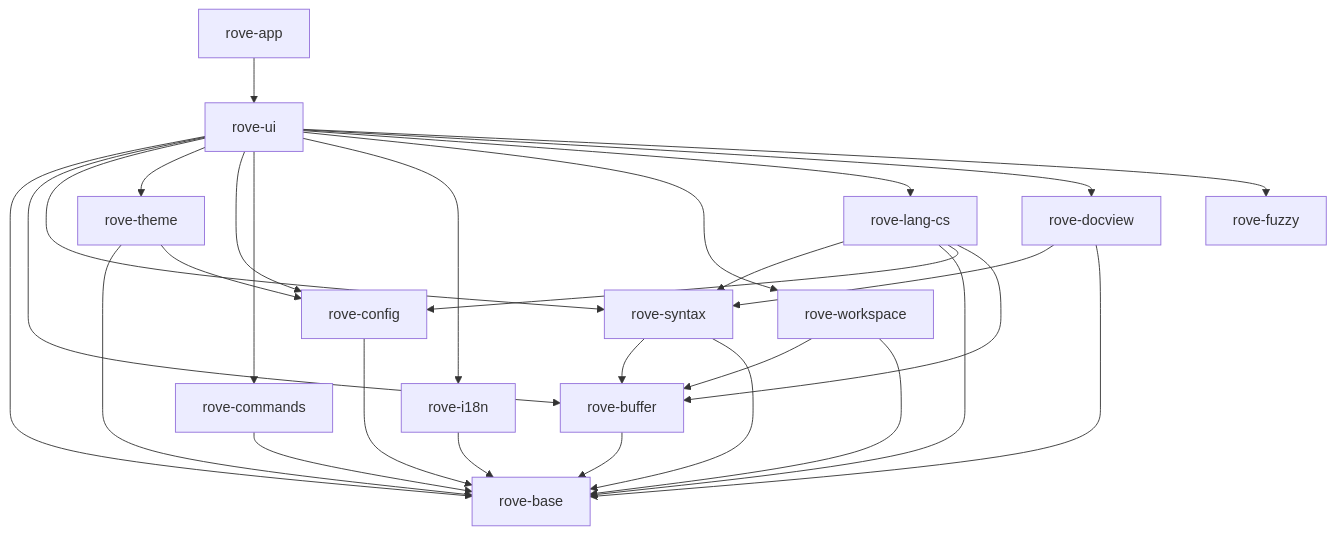
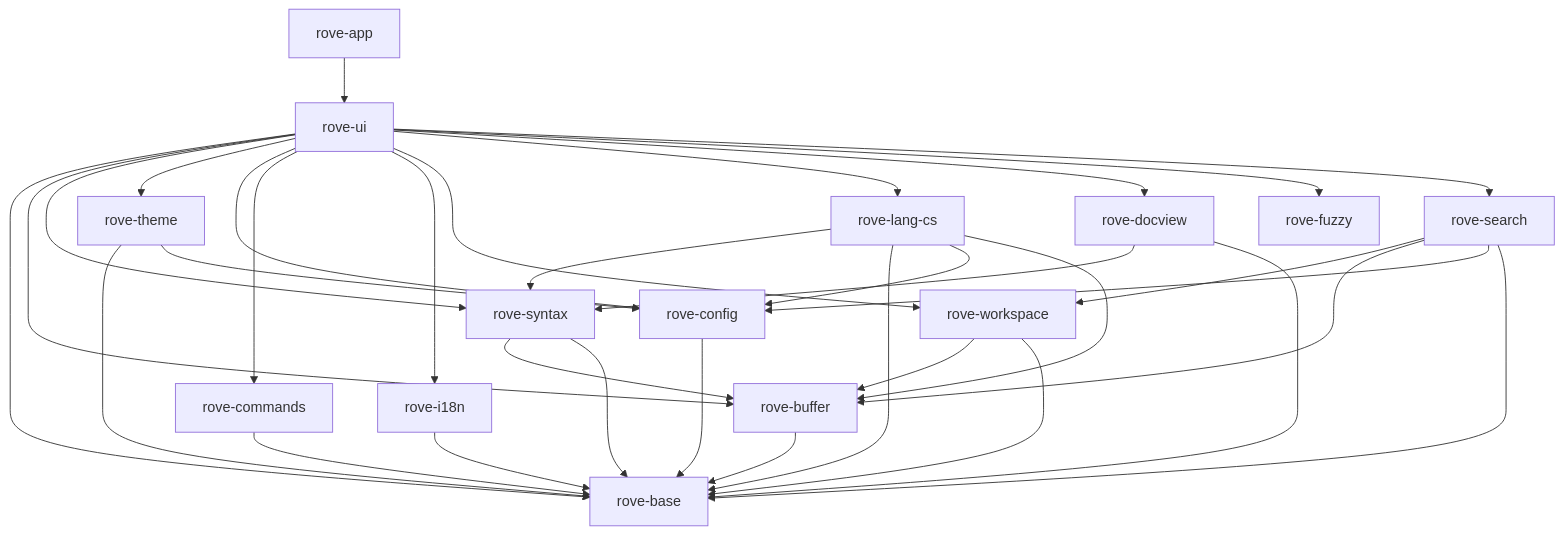
The diagram in docs/ARCHITECTURE.md (Zhao-wl/Rove), drawn with Mermaid before and after one commit. The commit also changed other lines of this file and 28 other files, not shown here.

First line of the commit message:
[#25] 全局搜索：搜索引擎（search.* 语义、流式结果、取消、GBK）与搜索视图 (#130)

````diff
--- a/docs/ARCHITECTURE.md
+++ b/docs/ARCHITECTURE.md
@@ -16,31 +16,36 @@
 ```mermaid
 flowchart TD
  app[rove-app] --> ui[rove-ui]
  ui --> base[rove-base]
  ui --> buffer[rove-buffer]
  ui --> syntax[rove-syntax]
  ui --> theme[rove-theme]
  ui --> config[rove-config]
  ui --> commands[rove-commands]
  ui --> i18n[rove-i18n]
  ui --> workspace[rove-workspace]
  ui --> cs[rove-lang-cs]
  ui --> docview[rove-docview]
  ui --> fuzzy[rove-fuzzy]
  buffer --> base
  syntax --> buffer
  syntax --> base
  theme --> base
  theme --> config
  config --> base
  commands --> base
  i18n --> base
  workspace --> buffer
  workspace --> base
  cs --> syntax
  cs --> base
  docview --> syntax
  docview --> base
  cs --> config
  cs --> buffer
+ ui --> search[rove-search]
+ search --> workspace
+ search --> buffer
+ search --> config
+ search --> base
 ```
````
